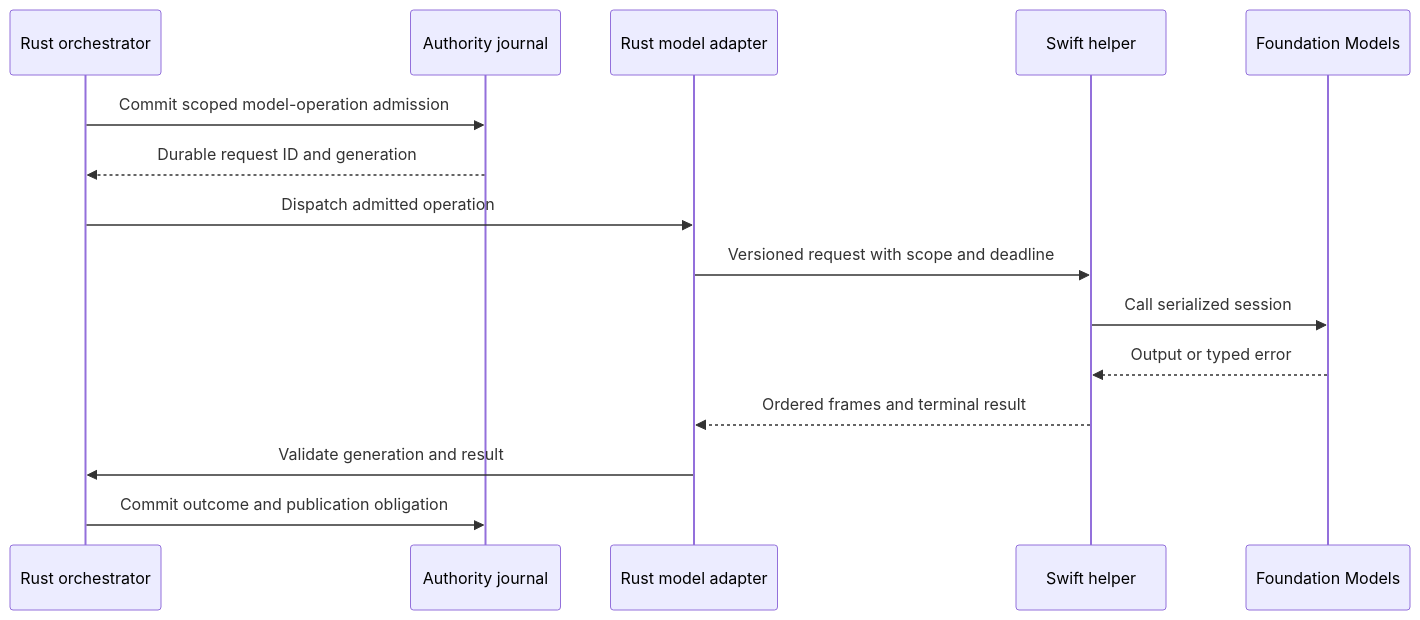
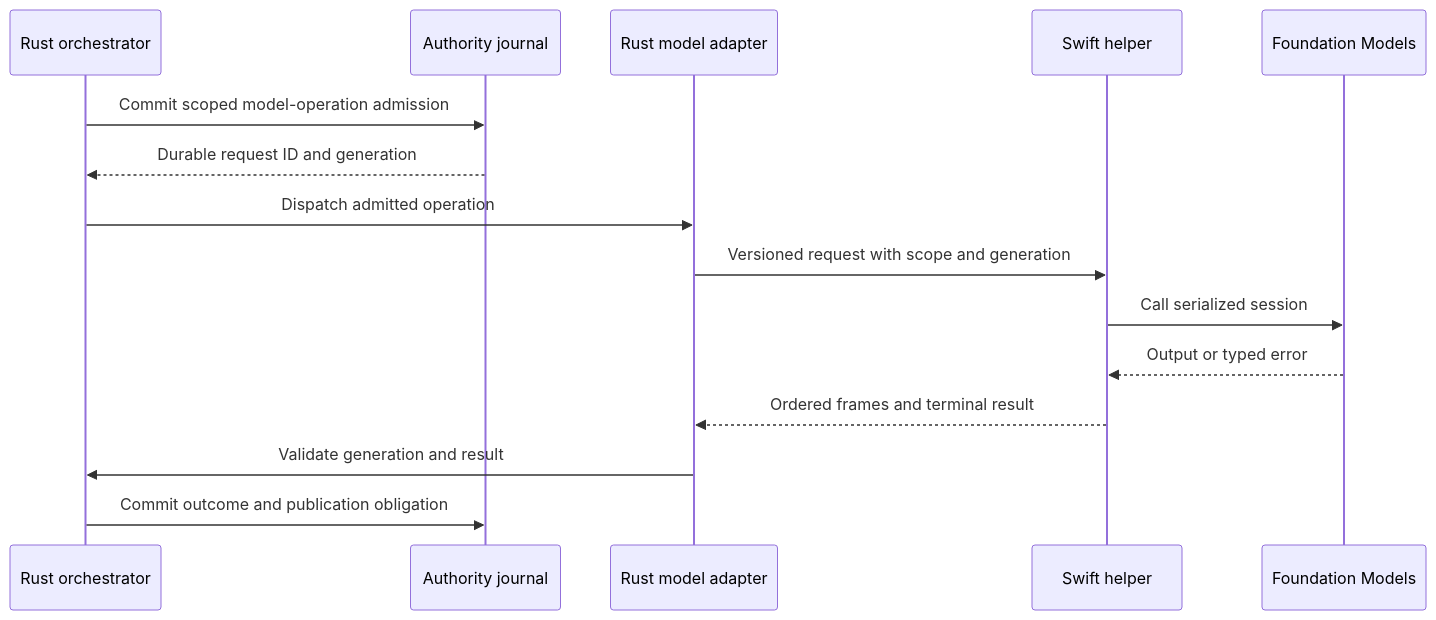
Before and after one commit to pidster/asura: the sixth of 11 diagrams in docs/designs/swift-rust-boundary.md, drawn with Mermaid. The commit also changed other lines of this file and 39 other files, not shown here.

````diff
--- a/docs/designs/swift-rust-boundary.md
+++ b/docs/designs/swift-rust-boundary.md
@@ -490,17 +499,17 @@
 ```mermaid
 sequenceDiagram
     participant O as Rust orchestrator
     participant J as Authority journal
     participant B as Rust model adapter
     participant S as Swift helper
     participant M as Foundation Models
     O->>J: Commit scoped model-operation admission
     J-->>O: Durable request ID and generation
     O->>B: Dispatch admitted operation
-    B->>S: Versioned request with scope and deadline
+    B->>S: Versioned request with scope and generation
     S->>M: Call serialized session
     M-->>S: Output or typed error
     S-->>B: Ordered frames and terminal result
     B->>O: Validate generation and result
     O->>J: Commit outcome and publication obligation
 ```
````
